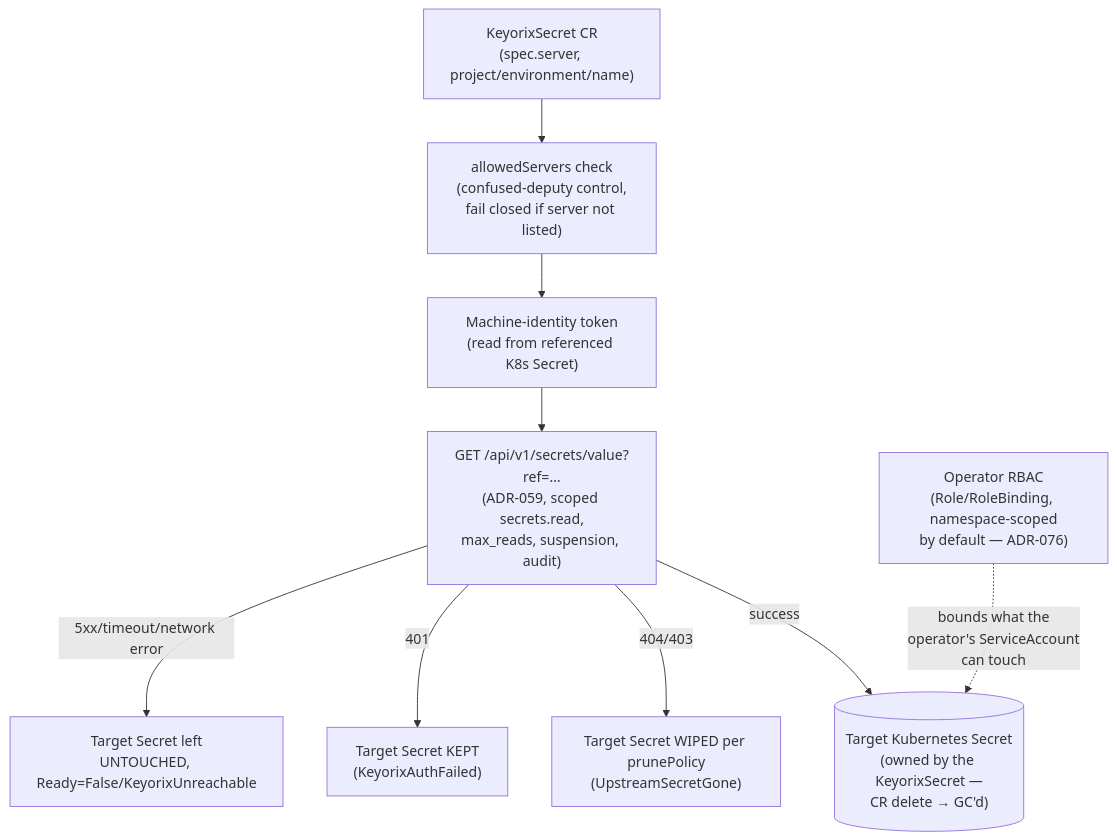
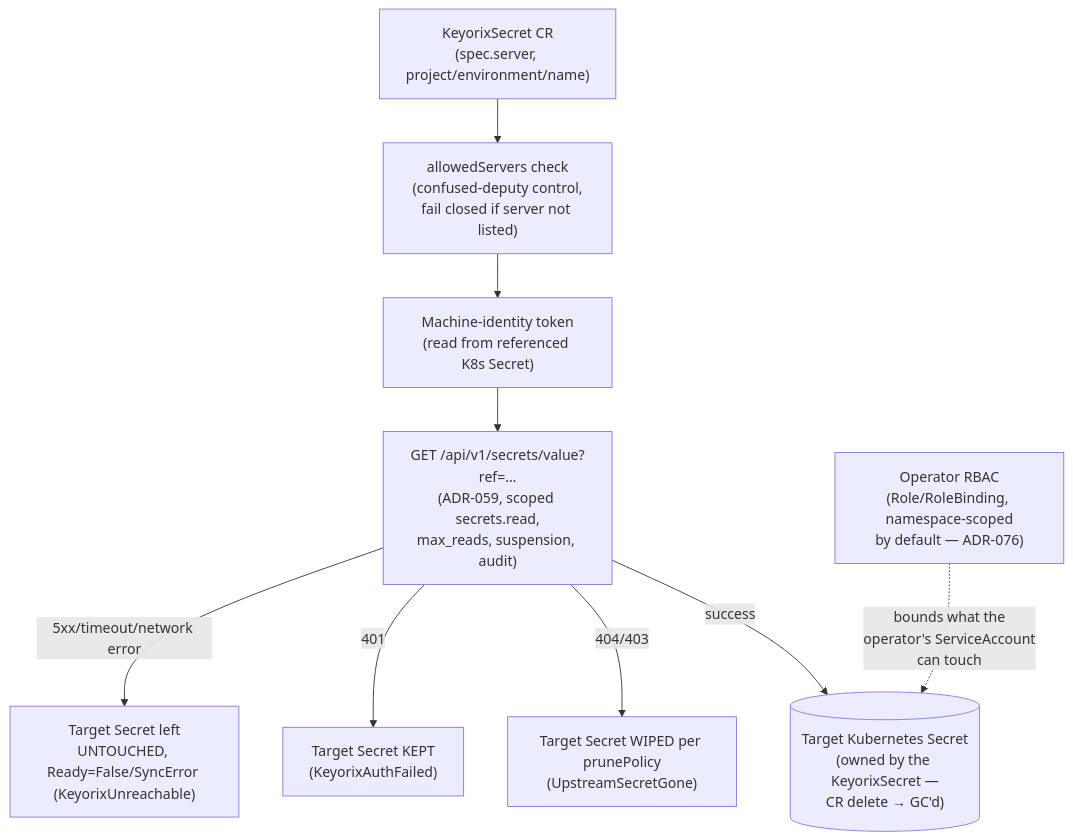
The diagram in docs/security/threat-models/kubernetes-operator.md (keyorixhq/keyorix), drawn with Mermaid before and after one commit. The commit also changed other lines of this file and 9 other files, not shown here.

First line of the commit message:
fix(operator): keep Ready reason SyncError on outage, reject duplicate secretKey (FIX-3175E)

````diff
--- a/docs/security/threat-models/kubernetes-operator.md
+++ b/docs/security/threat-models/kubernetes-operator.md
@@ -19,16 +19,16 @@
 ```mermaid
 flowchart TB
     CR["KeyorixSecret CR\n(spec.server, project/environment/name)"]
     ALLOWLIST["allowedServers check\n(confused-deputy control,\nfail closed if server not listed)"]
     TOKEN["Machine-identity token\n(read from referenced K8s Secret)"]
     API["GET /api/v1/secrets/value?ref=…\n(ADR-059, scoped secrets.read,\nmax_reads, suspension, audit)"]
     K8SSECRET[("Target Kubernetes Secret\n(owned by the KeyorixSecret —\nCR delete → GC'd)")]
     RBAC["Operator RBAC\n(Role/RoleBinding, namespace-scoped\nby default — ADR-076)"]
 
     CR --> ALLOWLIST --> TOKEN --> API
     API -->|success| K8SSECRET
     API -->|404/403| WIPE["Target Secret WIPED per prunePolicy\n(UpstreamSecretGone)"]
     API -->|401| KEEP401["Target Secret KEPT\n(KeyorixAuthFailed)"]
-    API -->|5xx/timeout/network error| UNTOUCHED["Target Secret left\nUNTOUCHED, Ready=False/KeyorixUnreachable"]
+    API -->|5xx/timeout/network error| UNTOUCHED["Target Secret left\nUNTOUCHED, Ready=False/SyncError (KeyorixUnreachable)"]
     RBAC -. bounds what the\noperator's ServiceAccount\ncan touch .-> K8SSECRET
 ```
````
